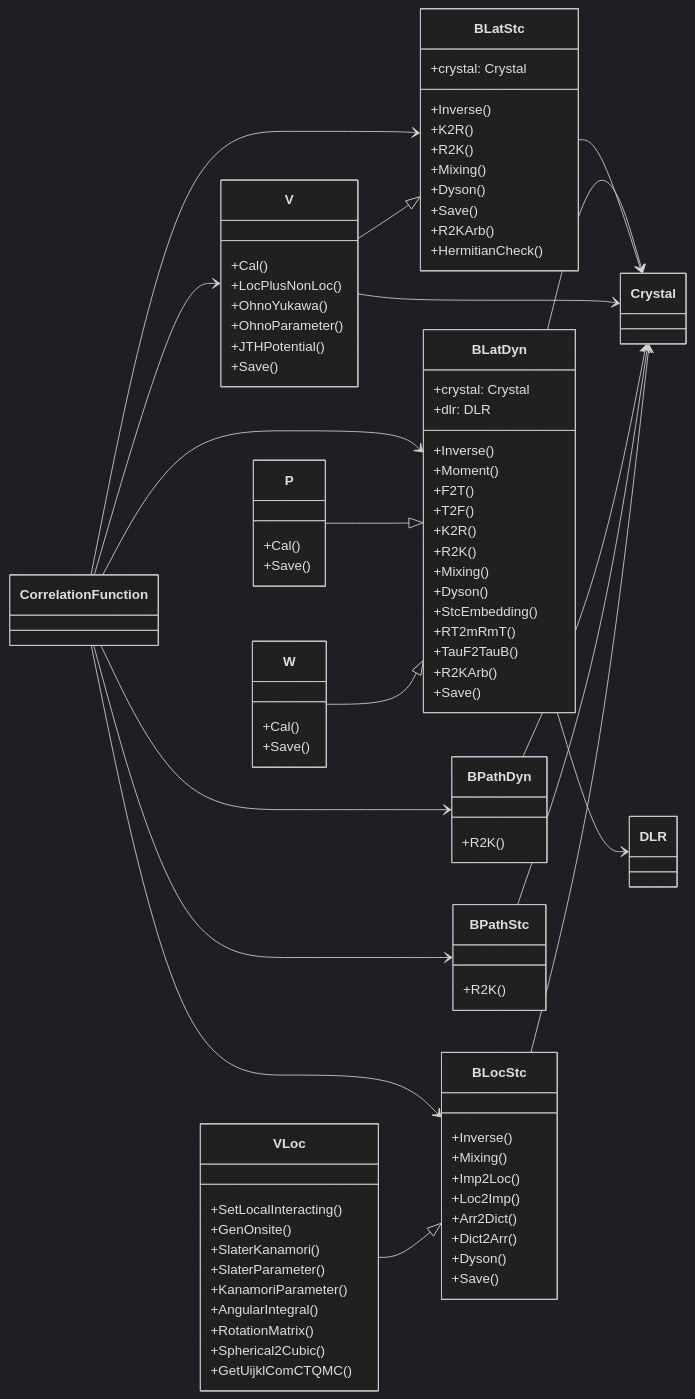
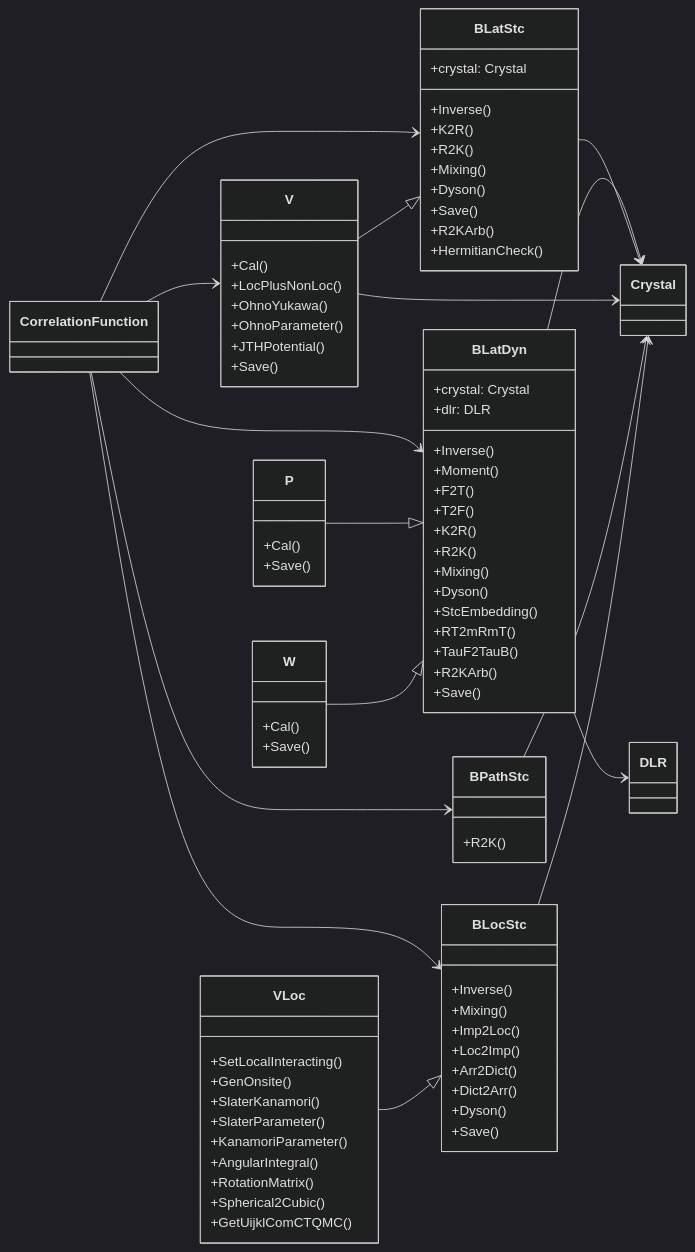
The third of 4 diagrams in docs/SerialClassDiagram.md (QAssemble/qassemble), drawn with Mermaid (dark theme) before and after one commit. The commit also changed other lines of this file and 7 other files, not shown here.

```diff
--- a/docs/SerialClassDiagram.md
+++ b/docs/SerialClassDiagram.md
@@ -259,9 +259,6 @@
         +Cal()
         +Save()
     }
-    class BPathDyn {
-        +R2K()
-    }
     class BPathStc {
         +R2K()
     }
@@ -289,7 +286,6 @@
 
     CorrelationFunction --> BLatDyn
     CorrelationFunction --> BLatStc
-    CorrelationFunction --> BPathDyn
     CorrelationFunction --> BPathStc
     CorrelationFunction --> BLocStc
     CorrelationFunction --> V
@@ -300,7 +296,6 @@
     BLatStc --> Crystal
     V --|> BLatStc
     V --> Crystal
-    BPathDyn --> Crystal
     BPathStc --> Crystal
     BLocStc --> Crystal
     VLoc --|> BLocStc
```
